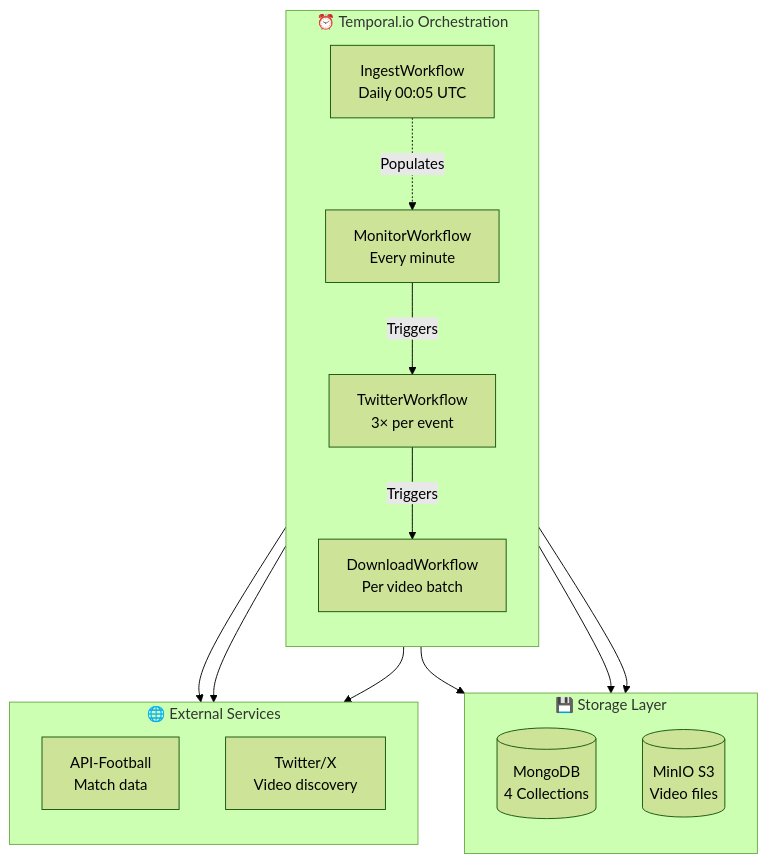
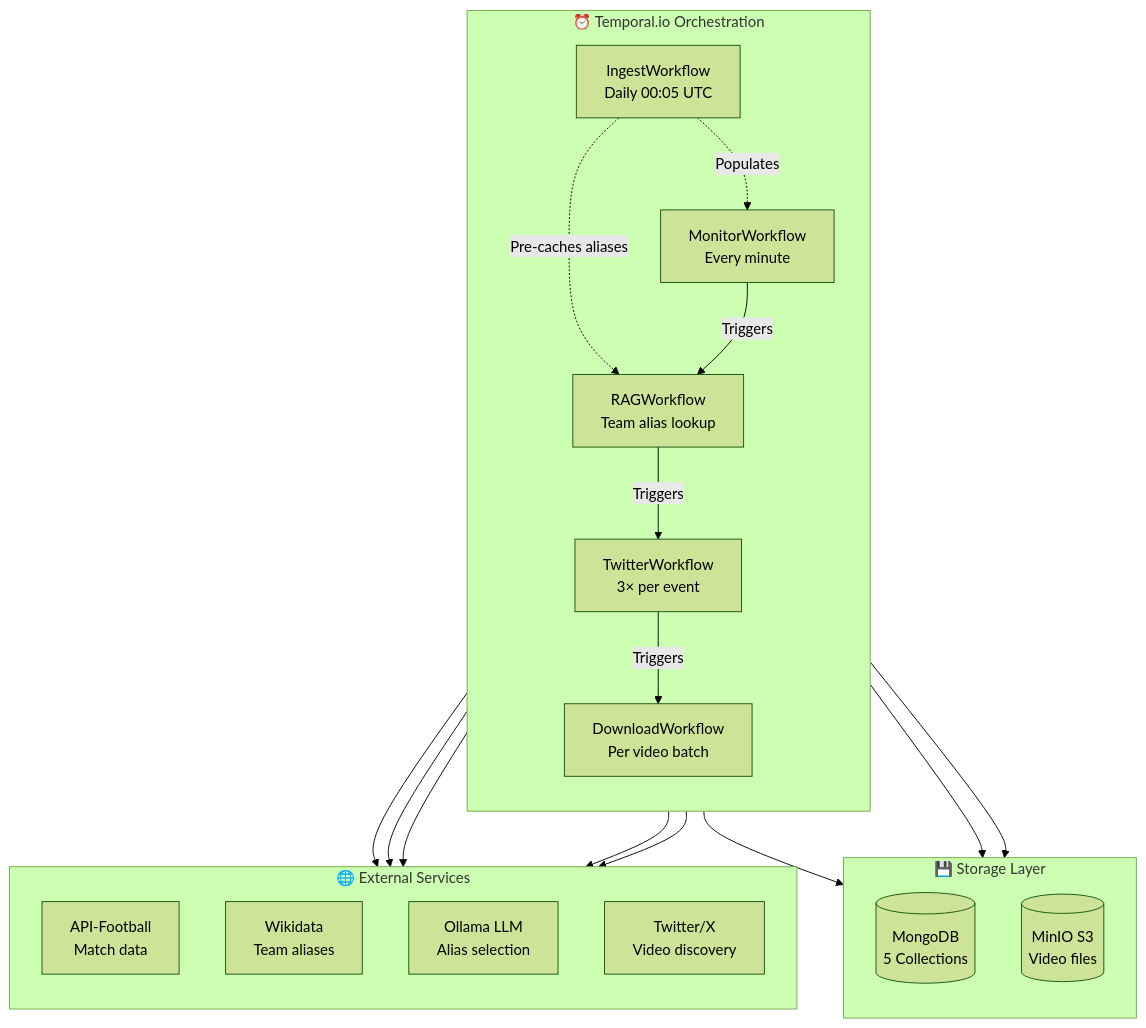
Before and after one commit to vedantadhobley/found-footy: the second of 13 diagrams in README.md, drawn with Mermaid (forest theme). The commit also changed other lines of this file and 1 other file, not shown here.

First line of the commit message:
fix(rag): prepend team name words for better search priority

````diff
--- a/README.md
+++ b/README.md
@@ -56,33 +56,40 @@
 ```mermaid
 flowchart TB
     subgraph TEMPORAL["⏰ Temporal.io Orchestration"]
         direction TB
         INGEST[IngestWorkflow<br/>Daily 00:05 UTC]
         MONITOR[MonitorWorkflow<br/>Every minute]
+        RAGWF[RAGWorkflow<br/>Team alias lookup]
         TWITTERWF[TwitterWorkflow<br/>3× per event]
         DOWNLOADWF[DownloadWorkflow<br/>Per video batch]
         
+        INGEST -.->|Pre-caches aliases| RAGWF
         INGEST -.->|Populates| MONITOR
-        MONITOR -->|Triggers| TWITTERWF
+        MONITOR -->|Triggers| RAGWF
+        RAGWF -->|Triggers| TWITTERWF
         TWITTERWF -->|Triggers| DOWNLOADWF
     end
     
     subgraph STORAGE["💾 Storage Layer"]
         direction TB
-        MONGO[(MongoDB<br/>4 Collections)]
+        MONGO[(MongoDB<br/>5 Collections)]
         MINIO[(MinIO S3<br/>Video files)]
     end
     
     subgraph EXTERNAL["🌐 External Services"]
         direction TB
         APIFB[API-Football<br/>Match data]
+        WIKIDATA[Wikidata<br/>Team aliases]
+        OLLAMA[Ollama LLM<br/>Alias selection]
         TWITTER[Twitter/X<br/>Video discovery]
     end
     
     INGEST --> APIFB
     MONITOR --> APIFB
     MONITOR --> MONGO
+    RAGWF --> WIKIDATA
+    RAGWF --> OLLAMA
     TWITTERWF --> TWITTER
     DOWNLOADWF --> MINIO
     DOWNLOADWF --> MONGO
 ```
````
